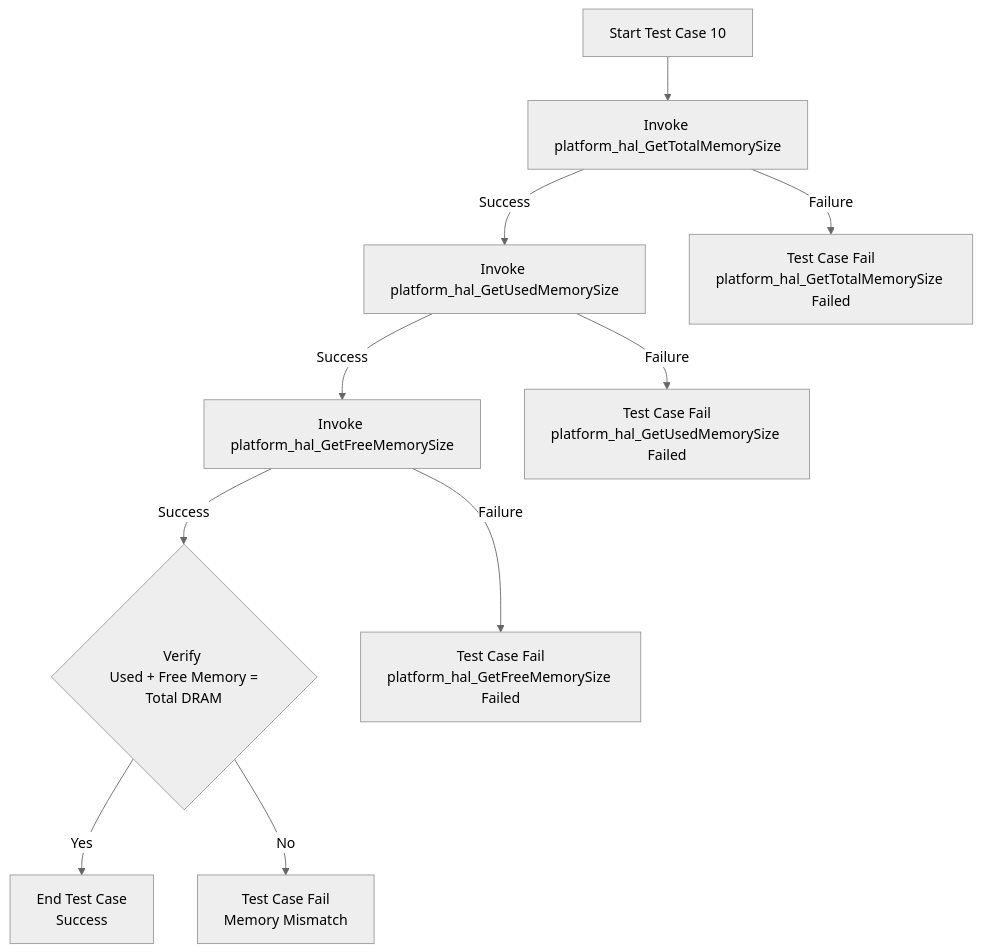
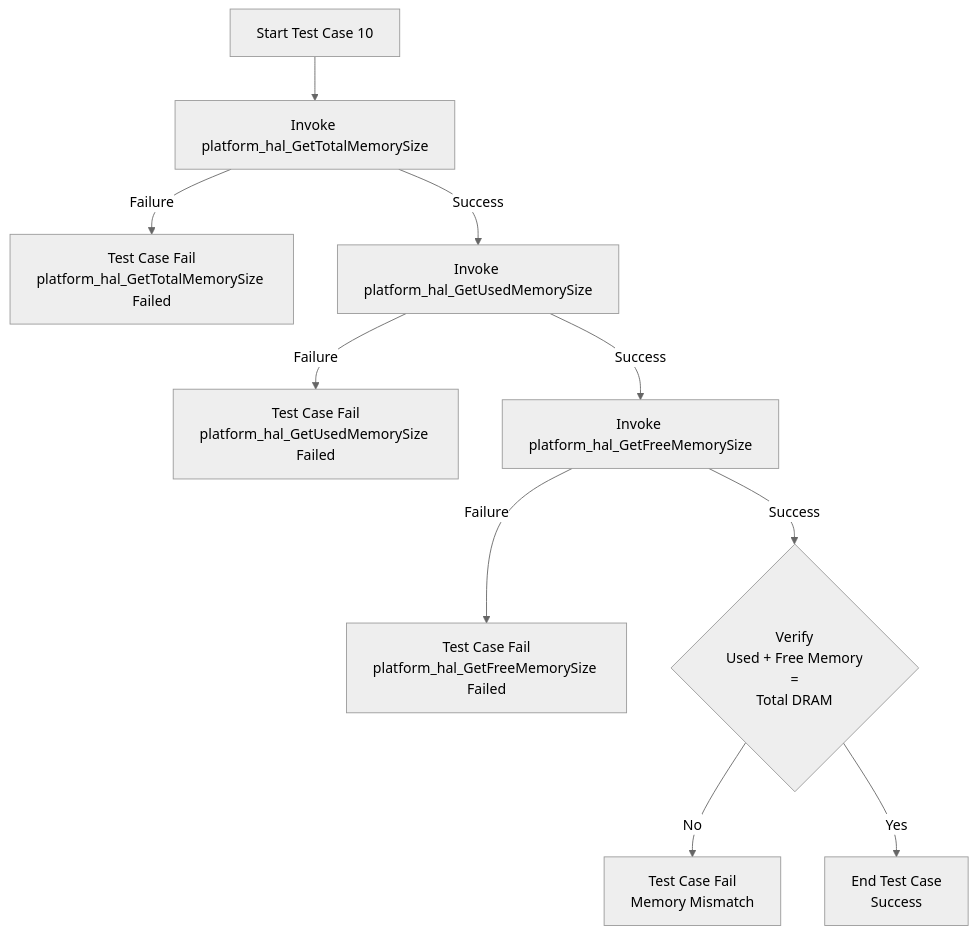
Before and after one commit to rdkcentral/rdkb-halif-test-platform: the tenth of 14 diagrams in docs/pages/platform_hal_mermaid.md, drawn with Mermaid (neutral theme). The commit also changed other lines of this file, not shown here.

Commit message:
Develop platform hal L2 test suite Modified the mermaid file for L2 testcases

````diff
--- a/docs/pages/platform_hal_mermaid.md
+++ b/docs/pages/platform_hal_mermaid.md
@@ -134,12 +134,12 @@
 ```mermaid
 flowchart TD
     A[Start Test Case 10] --> B[Invoke platform_hal_GetTotalMemorySize]
+    B -->|Failure| X[Test Case Fail<br>platform_hal_GetTotalMemorySize Failed]
     B -->|Success| C[Invoke platform_hal_GetUsedMemorySize]
-    B -->|Failure| X[Test Case Fail<br>platform_hal_GetTotalMemorySize Failed]
+    C -->|Failure| Y[Test Case Fail<br>platform_hal_GetUsedMemorySize Failed]
     C -->|Success| D[Invoke platform_hal_GetFreeMemorySize]
-    C -->|Failure| Y[Test Case Fail<br>platform_hal_GetUsedMemorySize Failed]
-    D -->|Success| E{Verify <br> Used + Free Memory = Total DRAM}
     D -->|Failure| Z[Test Case Fail<br>platform_hal_GetFreeMemorySize Failed]
+    D -->|Success| E{Verify <br> Used + Free Memory <br> = <br> Total DRAM}
+    E -->|No| G[Test Case Fail<br>Memory Mismatch]
     E -->|Yes| F[End Test Case<br>Success]
-    E -->|No| G[Test Case Fail<br>Memory Mismatch]
 ```
````
